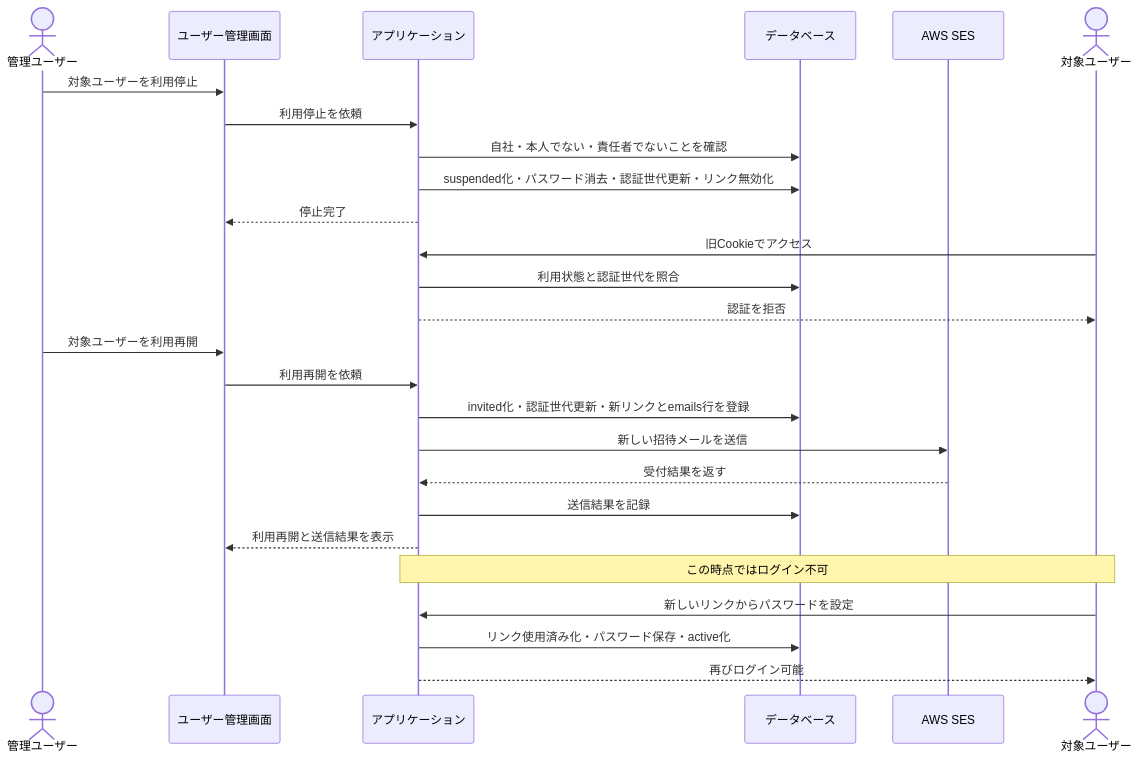
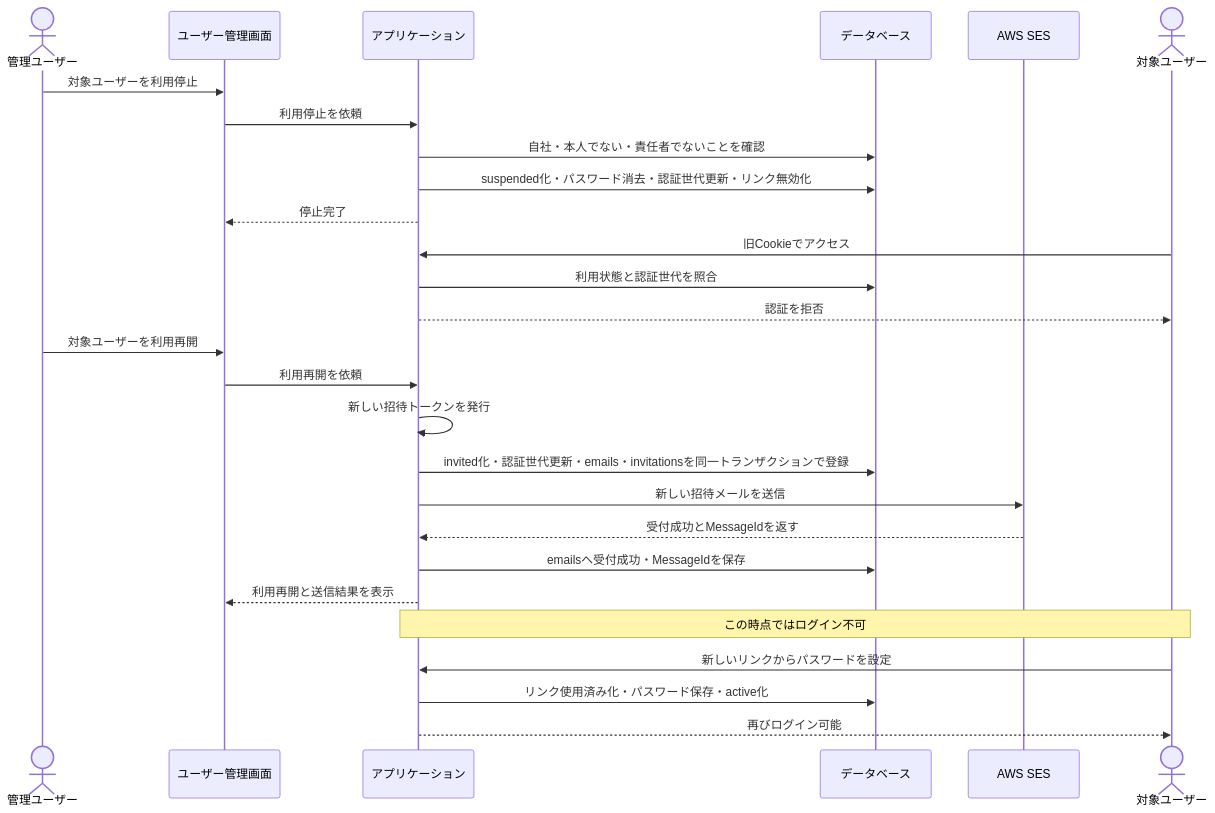
Before and after one commit to nishimura-yuma77/hiromeru: the eighth of 8 diagrams in docs/v.0.1/USECASE.md, drawn with Mermaid. The commit also changed other lines of this file and 5 other files, not shown here.

````diff
--- a/docs/v.0.1/USECASE.md
+++ b/docs/v.0.1/USECASE.md
@@ -525,29 +530,30 @@
 ```mermaid
 sequenceDiagram
     actor Admin as 管理ユーザー
     participant UI as ユーザー管理画面
     participant App as アプリケーション
     participant DB as データベース
     participant SES as AWS SES
     actor User as 対象ユーザー
 
     Admin->>UI: 対象ユーザーを利用停止
     UI->>App: 利用停止を依頼
     App->>DB: 自社・本人でない・責任者でないことを確認
     App->>DB: suspended化・パスワード消去・認証世代更新・リンク無効化
     App-->>UI: 停止完了
     User->>App: 旧Cookieでアクセス
     App->>DB: 利用状態と認証世代を照合
     App-->>User: 認証を拒否
     Admin->>UI: 対象ユーザーを利用再開
     UI->>App: 利用再開を依頼
-    App->>DB: invited化・認証世代更新・新リンクとemails行を登録
+    App->>App: 新しい招待トークンを発行
+    App->>DB: invited化・認証世代更新・emails・invitationsを同一トランザクションで登録
     App->>SES: 新しい招待メールを送信
-    SES-->>App: 受付結果を返す
-    App->>DB: 送信結果を記録
+    SES-->>App: 受付成功とMessageIdを返す
+    App->>DB: emailsへ受付成功・MessageIdを保存
     App-->>UI: 利用再開と送信結果を表示
     Note over User,App: この時点ではログイン不可
     User->>App: 新しいリンクからパスワードを設定
     App->>DB: リンク使用済み化・パスワード保存・active化
     App-->>User: 再びログイン可能
 ```
````
